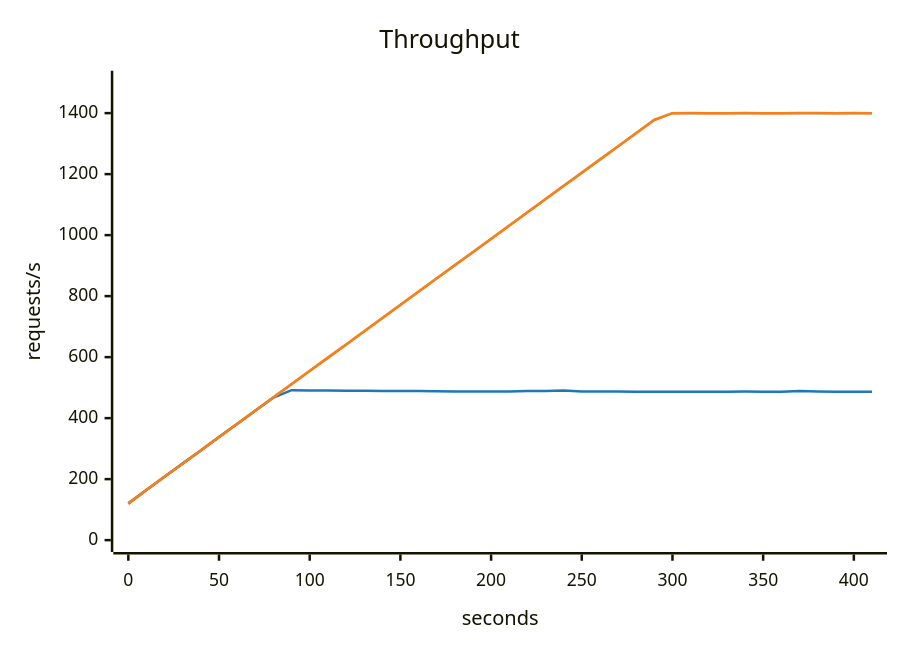
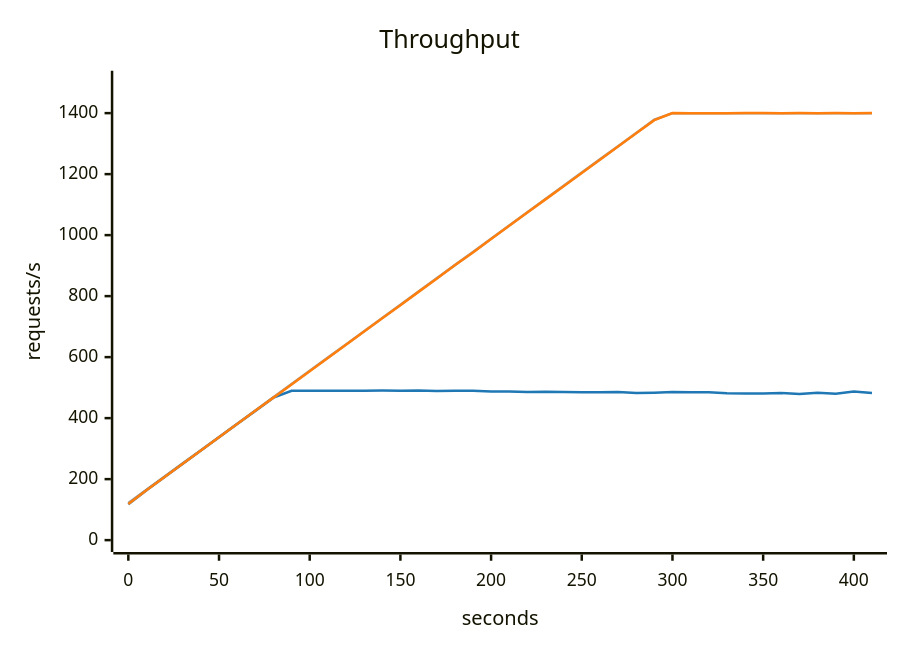
One commit to akinfemi/load-lore changed the first of 2 diagrams in scenarios/connection-pool-trap/solutions/pgbouncer/compare.md. Above: the diagram before and after it, drawn with Mermaid. The commit also changed other lines of this file and 125 other files, not shown here.

````diff
--- a/scenarios/connection-pool-trap/solutions/pgbouncer/compare.md
+++ b/scenarios/connection-pool-trap/solutions/pgbouncer/compare.md
@@ -33,16 +33,16 @@
 ```mermaid
 ---
 config:
   themeVariables:
     xyChart:
       backgroundColor: "transparent"
       plotColorPalette: "#9e9e9e, #1f77b4, #ff7f0e"
 ---
 xychart-beta
     title "Throughput"
     x-axis "seconds" 0 --> 410
     y-axis "requests/s" 0 --> 1500
     line [121.667, 165, 208.333, 251.667, 295, 338.333, 381.667, 425, 468.333, 511.667, 555, 598.333, 641.667, 685, 728.333, 771.667, 815, 858.333, 901.667, 945, 988.333, 1031.667, 1075, 1118.333, 1161.667, 1205, 1248.333, 1291.667, 1335, 1378.333, 1400, 1400, 1400, 1400, 1400, 1400, 1400, 1400, 1400, 1400, 1400, 1400]
-    line [119.518, 164.145, 207.753, 250.938, 294.074, 337.751, 380.898, 424.377, 467.598, 491.568, 490.745, 490.314, 489.754, 489.605, 488.672, 489.001, 488.659, 488.277, 487.042, 487.33, 487.418, 486.921, 489.051, 488.655, 490.243, 487.106, 487.15, 487.274, 486.248, 486.733, 486.107, 486.435, 486.615, 486.738, 486.98, 486.472, 486.712, 489.068, 487.18, 486.481, 486.869, 486.332]
-    line [118.887, 164.104, 207.516, 250.706, 294.147, 337.419, 380.86, 424.102, 467.464, 510.774, 554.139, 597.528, 640.838, 684.04, 727.552, 770.736, 814.116, 857.444, 901.181, 943.577, 987.617, 1030.871, 1074.172, 1117.359, 1161, 1203.982, 1247.497, 1290.733, 1334.103, 1377.452, 1399.971, 1400.25, 1399.906, 1399.851, 1400.3, 1399.84, 1399.919, 1400.047, 1400.032, 1399.858, 1400.076, 1399.999]
+    line [117.541, 163.489, 207.06, 250.309, 293.734, 337.017, 380.414, 423.519, 467.093, 489.853, 489.948, 489.946, 490.014, 489.808, 490.389, 489.785, 490.449, 488.756, 489.534, 489.715, 487.486, 487.702, 485.803, 486.65, 485.837, 484.934, 485.227, 485.53, 482.288, 483.543, 485.302, 484.637, 484.638, 481.648, 481.06, 480.709, 482.355, 479.344, 483.489, 479.768, 487.22, 482.388]
+    line [118.065, 163.647, 207.33, 250.407, 293.753, 337.145, 380.489, 423.953, 467.186, 510.536, 553.824, 597.195, 640.385, 683.843, 727.269, 770.309, 813.91, 857.191, 901.163, 943.11, 987.14, 1030.608, 1073.936, 1117.201, 1160.593, 1203.704, 1246.894, 1290.645, 1334.028, 1376.998, 1400.025, 1399.946, 1399.969, 1399.914, 1400.132, 1400.175, 1399.893, 1400.089, 1399.802, 1400.115, 1399.866, 1400.228]
 ```
````
